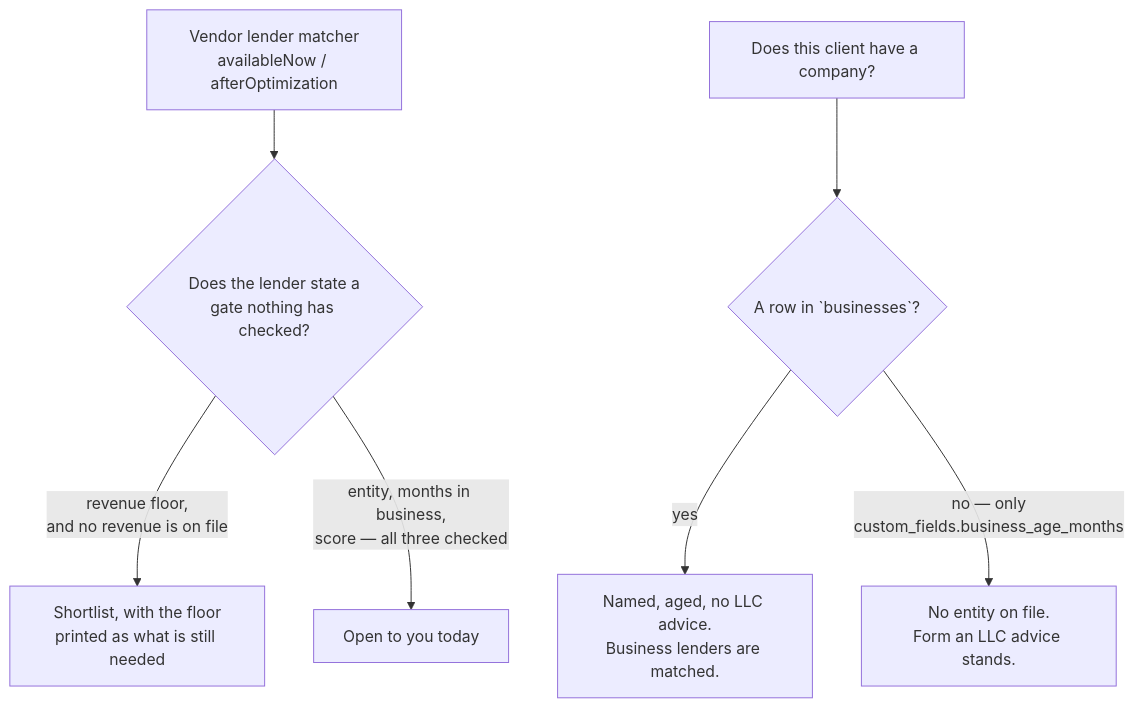
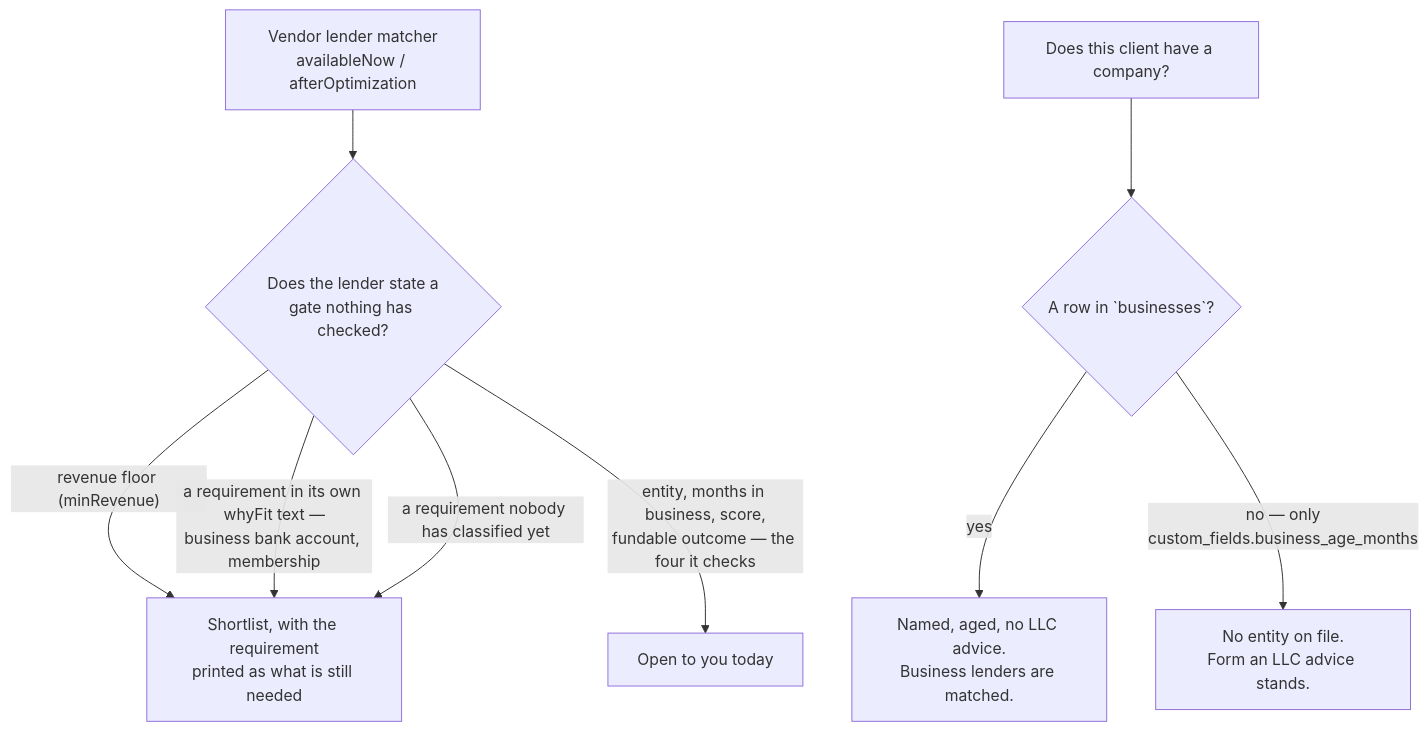
The second of 3 diagrams in docs/journeys/deliverables-flow.md (ZootimusMaximusSupreme/Fundhub_ai), drawn with Mermaid before and after one commit. The commit also changed other lines of this file and 25 other files, not shown here.

First line of the commit message:
COMPLIANCE REVIEW REQUIRED. No lender is called open on a gate nobody checked

````diff
--- a/docs/journeys/deliverables-flow.md
+++ b/docs/journeys/deliverables-flow.md
@@ -69,10 +69,12 @@
 ```mermaid
 flowchart TD
     LEND[Vendor lender matcher<br/>availableNow / afterOptimization] --> GATE{Does the lender state a<br/>gate nothing has checked?}
-    GATE -->|revenue floor,<br/>and no revenue is on file| AFTER["Shortlist, with the floor<br/>printed as what is still needed"]
-    GATE -->|entity, months in business,<br/>score — all three checked| NOW["Open to you today"]
+    GATE -->|"revenue floor (minRevenue)"| AFTER["Shortlist, with the requirement<br/>printed as what is still needed"]
+    GATE -->|"a requirement in its own whyFit text —<br/>business bank account, membership"| AFTER
+    GATE -->|"a requirement nobody has classified yet"| AFTER
+    GATE -->|"entity, months in business, score,<br/>fundable outcome — the four it checks"| NOW["Open to you today"]
 
     BIZ[Does this client have a company?] --> ROW{"A row in `businesses`?"}
     ROW -->|yes| HAS["Named, aged, no LLC advice.<br/>Business lenders are matched."]
     ROW -->|"no — only<br/>custom_fields.business_age_months"| NONE["No entity on file.<br/>Form an LLC advice stands."]
 ```
````
